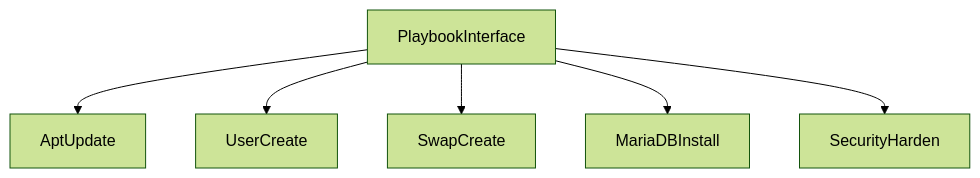
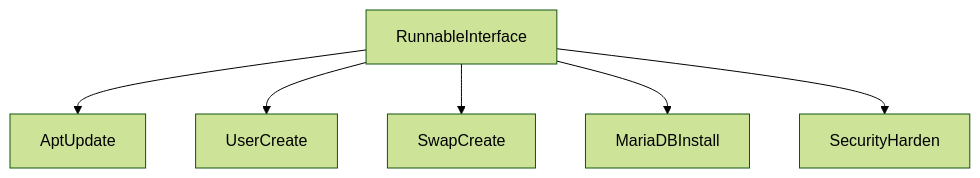
The sixth of 12 diagrams in docs/livewiki/architecture.md (dracory/ork), drawn with Mermaid (forest theme) before and after one commit. The commit also changed other lines of this file and 20 other files, not shown here.

````diff
--- a/docs/livewiki/architecture.md
+++ b/docs/livewiki/architecture.md
@@ -241,8 +275,8 @@
 ```mermaid
 graph TB
-    A[PlaybookInterface] --> B[AptUpdate]
+    A[RunnableInterface] --> B[AptUpdate]
     A --> C[UserCreate]
     A --> D[SwapCreate]
     A --> E[MariaDBInstall]
     A --> F[SecurityHarden]
 ```
````
